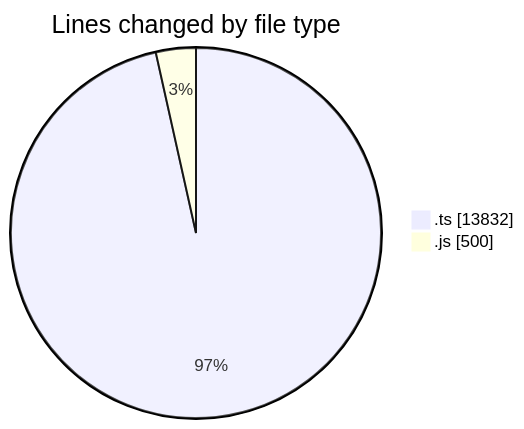
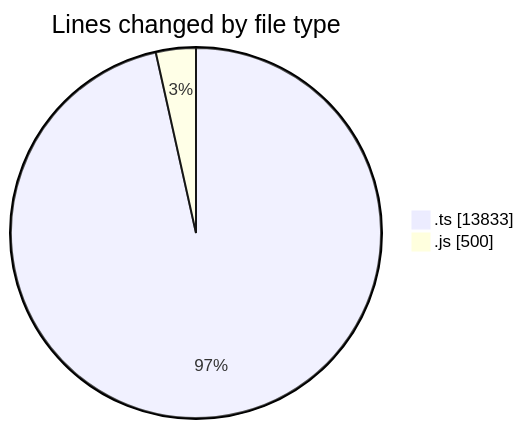
One commit to momahboobian/code-tracking changed the first of 2 diagrams in 2025-06-26/cda/README.md. Above: the diagram before and after it, drawn with Mermaid. The commit also changed other lines of this file and 1 other file, not shown here.

````diff
--- a/2025-06-26/cda/README.md
+++ b/2025-06-26/cda/README.md
@@ -25,6 +25,6 @@
 ```mermaid
 pie showData
 title Lines changed by file type
-".ts" : 13832
+".ts" : 13833
 ".js" : 500
 ```
````
